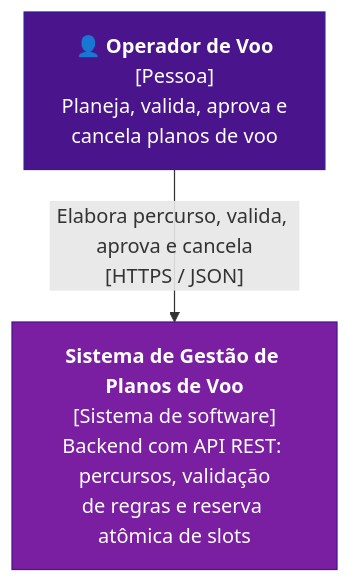
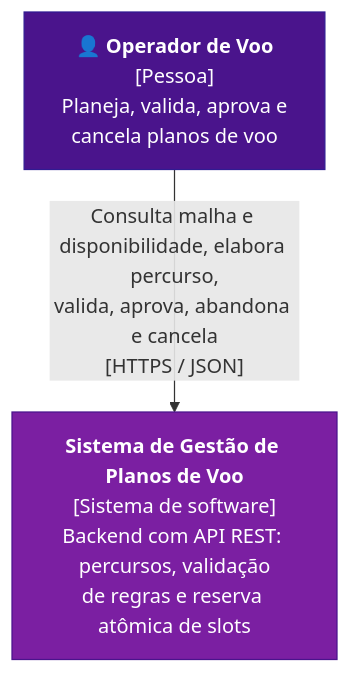
The first of 4 diagrams in docs/c4.md (acpurper/PlanosDeVoo), drawn with Mermaid before and after one commit. The commit also changed other lines of this file and 44 other files, not shown here.

````diff
--- a/docs/c4.md
+++ b/docs/c4.md
@@ -26,11 +29,11 @@
 ```mermaid
 flowchart TB
     operador["👤 <b>Operador de Voo</b><br/>[Pessoa]<br/>Planeja, valida, aprova e<br/>cancela planos de voo"]
     sistema["<b>Sistema de Gestão de Planos de Voo</b><br/>[Sistema de software]<br/>Backend com API REST: percursos, validação<br/>de regras e reserva atômica de slots"]
-    operador -- "Elabora percurso, valida, aprova e cancela<br/>[HTTPS / JSON]" --> sistema
+    operador -- "Consulta malha e disponibilidade, elabora percurso,<br/>valida, aprova, abandona e cancela<br/>[HTTPS / JSON]" --> sistema
 
     classDef person fill:#4A148C,stroke:#311B92,color:#fff
     classDef system fill:#7B1FA2,stroke:#4A148C,color:#fff
     class operador person
     class sistema system
 ```
````
